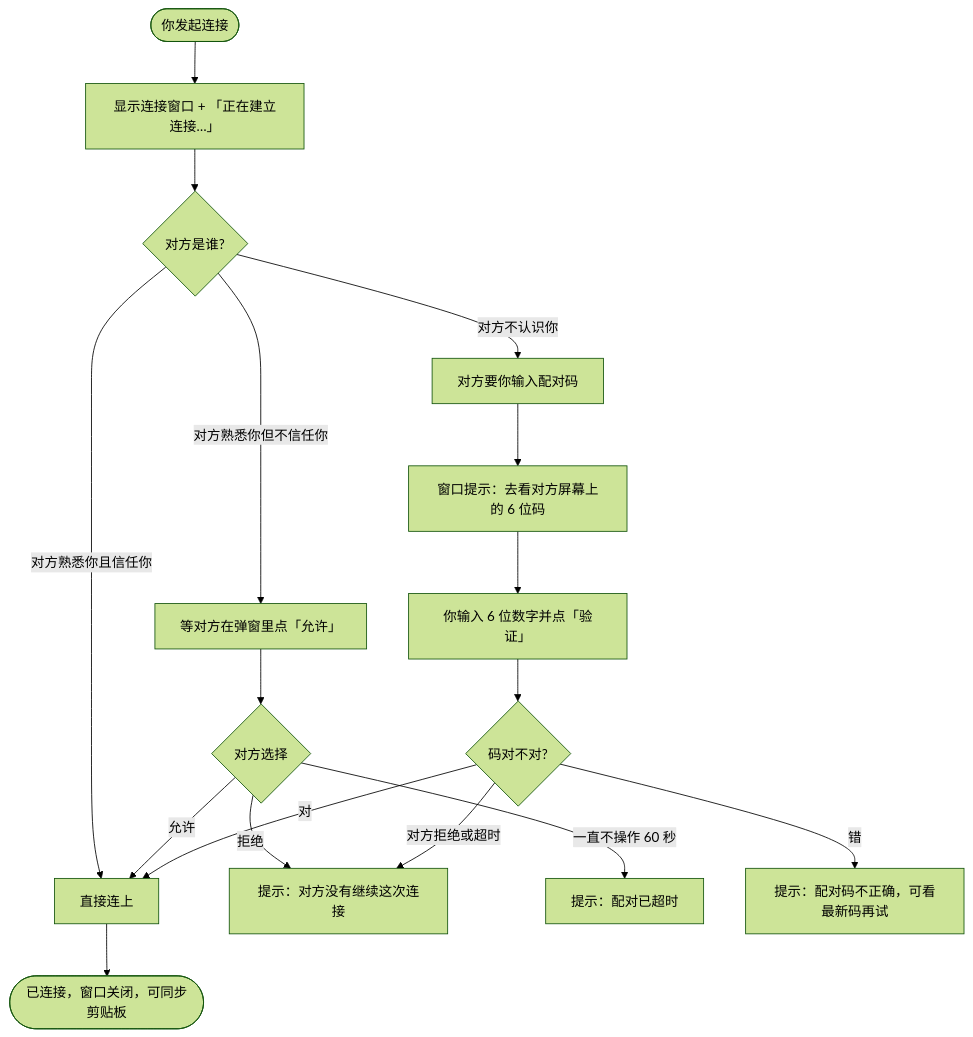
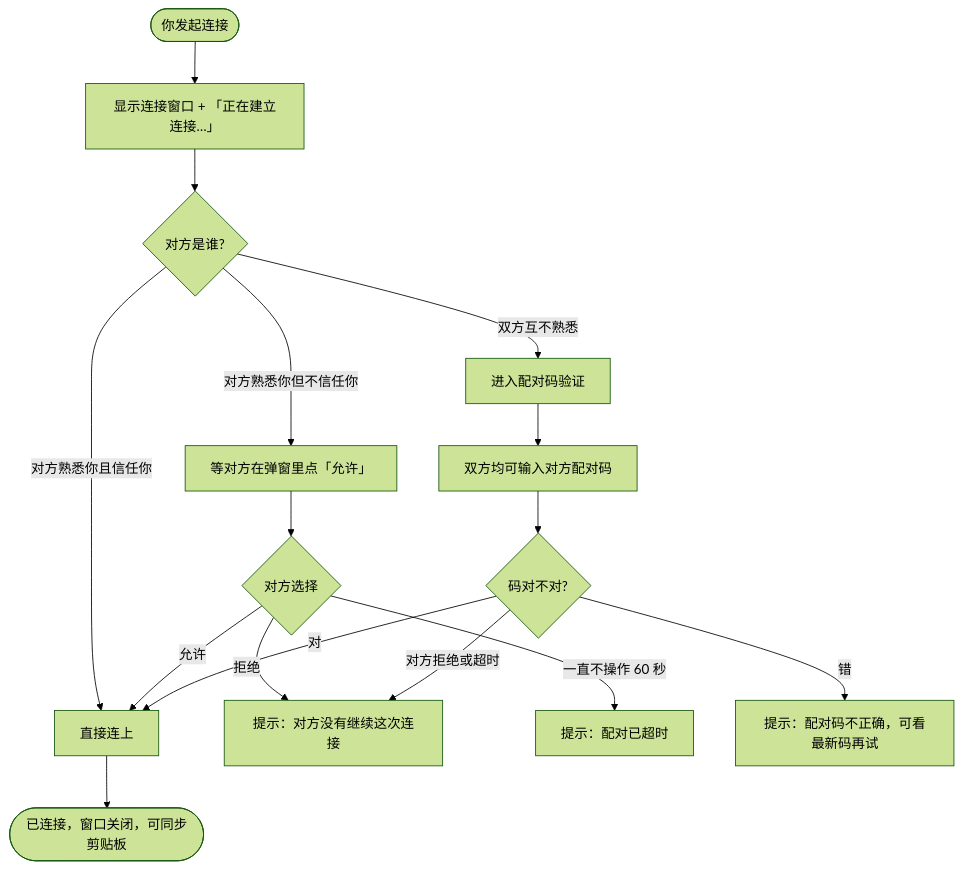
Before and after one commit to planarcat/planarclip: the third of 5 diagrams in CONNECTION.md, drawn with Mermaid (forest theme). The commit also changed other lines of this file and 7 other files, not shown here.

````diff
--- a/CONNECTION.md
+++ b/CONNECTION.md
@@ -129,23 +130,22 @@
 ```mermaid
 flowchart TD
   Start([你发起连接]) --> Show[显示连接窗口 + 「正在建立连接…」]
   Show --> Branch{对方是谁?}
 
   Branch -->|对方熟悉你且信任你| Fast[直接连上]
   Branch -->|对方熟悉你但不信任你| WaitConfirm[等对方在弹窗里点「允许」]
-  Branch -->|对方不认识你| NeedCode[对方要你输入配对码]
+  Branch -->|双方互不熟悉| NeedCode[进入配对码验证]
 
   WaitConfirm --> ConfirmResult{对方选择}
   ConfirmResult -->|允许| Fast
   ConfirmResult -->|拒绝| Rejected[提示：对方没有继续这次连接]
   ConfirmResult -->|一直不操作 60 秒| Timeout[提示：配对已超时]
 
-  NeedCode --> ShowCode[窗口提示：去看对方屏幕上的 6 位码]
-  ShowCode --> Input[你输入 6 位数字并点「验证」]
+  NeedCode --> Input[双方均可输入对方配对码]
   Input --> CodeResult{码对不对?}
   CodeResult -->|对| Fast
   CodeResult -->|错| WrongCode[提示：配对码不正确，可看最新码再试]
   CodeResult -->|对方拒绝或超时| Rejected
 
   Fast --> Done([已连接，窗口关闭，可同步剪贴板])
 ```
````
